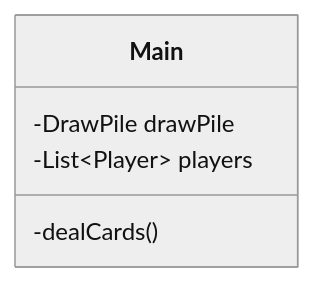
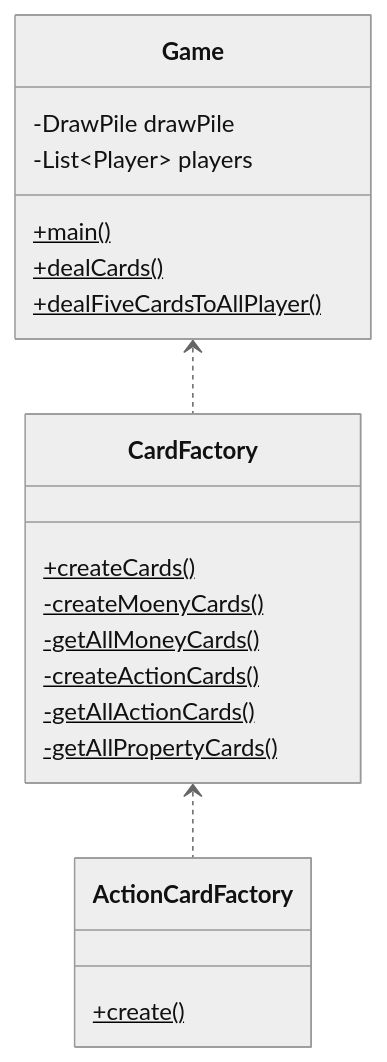
One commit to KelvinQiu802/comp2004 changed the second of 3 diagrams in README.md. Above: the diagram before and after it, drawn with Mermaid (neutral theme).

Commit message:
feat: update uml

````diff
--- a/README.md
+++ b/README.md
@@ -68,8 +68,26 @@
 ```mermaid
 classDiagram
-	class Main{
+	Game <.. CardFactory
+	CardFactory <.. ActionCardFactory
+	
+	class Game{
 		-DrawPile drawPile
 		-List~Player~ players
-		-dealCards()
+		+main()$
+		+dealCards()$
+		+dealFiveCardsToAllPlayer()$
+	}
+	
+	class CardFactory{
+		+createCards()$
+		-createMoenyCards()$
+		-getAllMoneyCards()$
+		-createActionCards()$
+		-getAllActionCards()$
+		-getAllPropertyCards()$
+	}
+	
+	class ActionCardFactory{
+		+create()$
 	}
 ```
````
